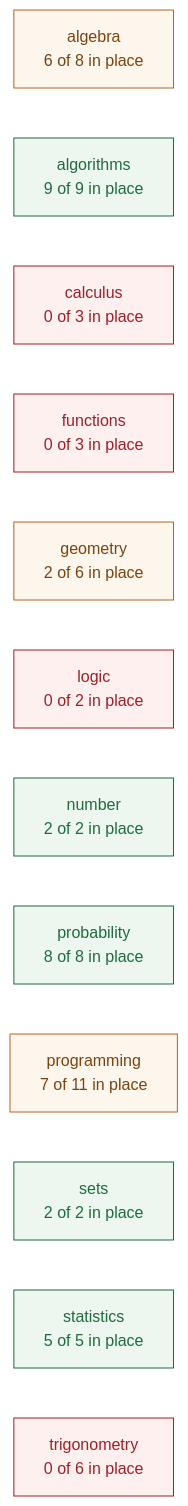
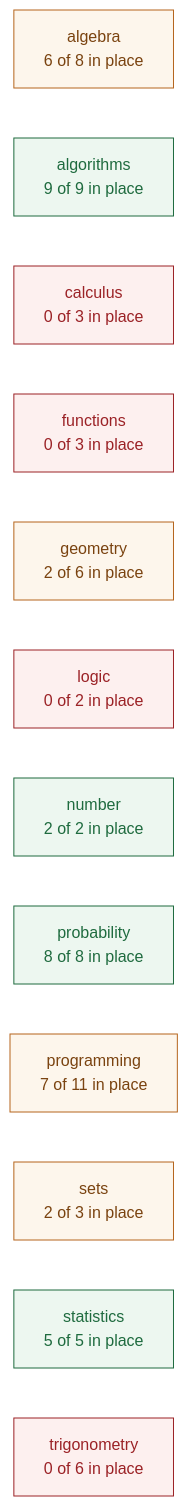
Before and after one commit to deweydex/dewlab: the first of 3 diagrams in planning/CURRICULUM_MAP.md, drawn with Mermaid. The commit also changed other lines of this file and 14 other files, not shown here.

First line of the commit message:
Coordinate geometry and Venn diagrams get tutorials, and the survey was wrong

````diff
--- a/planning/CURRICULUM_MAP.md
+++ b/planning/CURRICULUM_MAP.md
@@ -43,22 +45,22 @@
 ```mermaid
 graph LR
   algebra["algebra<br/>6 of 8 in place"]
   algorithms["algorithms<br/>9 of 9 in place"]
   calculus["calculus<br/>0 of 3 in place"]
   functions["functions<br/>0 of 3 in place"]
   geometry["geometry<br/>2 of 6 in place"]
   logic["logic<br/>0 of 2 in place"]
   number["number<br/>2 of 2 in place"]
   probability["probability<br/>8 of 8 in place"]
   programming["programming<br/>7 of 11 in place"]
-  sets["sets<br/>2 of 2 in place"]
+  sets["sets<br/>2 of 3 in place"]
   statistics["statistics<br/>5 of 5 in place"]
   trigonometry["trigonometry<br/>0 of 6 in place"]
 
   classDef full fill:#edf7f0,stroke:#1f6b3f,color:#1f6b3f;
   classDef part fill:#fdf6ec,stroke:#b5651d,color:#7a4310;
   classDef none fill:#fdf0ef,stroke:#9b2226,color:#9b2226;
-  class algorithms,number,probability,sets,statistics full;
-  class algebra,geometry,programming part;
+  class algorithms,number,probability,statistics full;
+  class algebra,geometry,programming,sets part;
   class calculus,functions,logic,trigonometry none;
 ```
````
